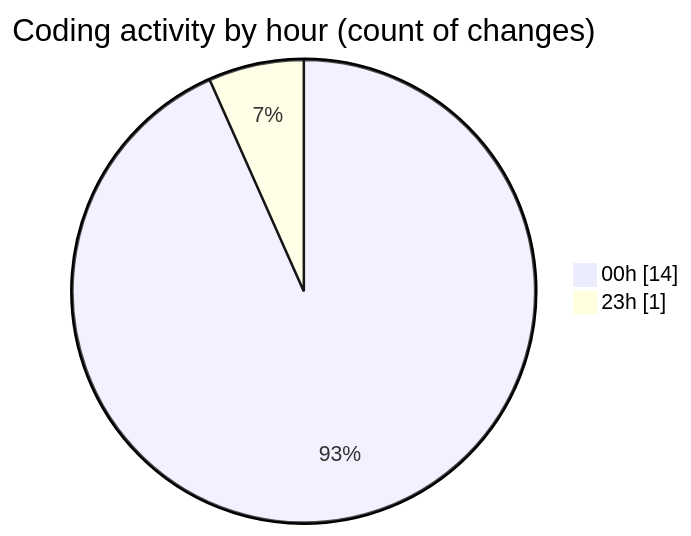
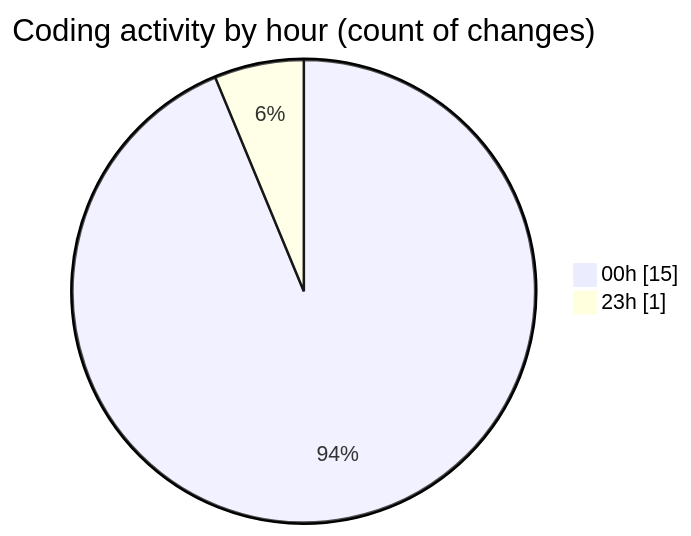
The second of 2 diagrams in 2025-07-29/refunds/README.md (EIIisD/code-tracking), drawn with Mermaid before and after one commit. The commit also changed other lines of this file and 1 other file, not shown here.

````diff
--- a/2025-07-29/refunds/README.md
+++ b/2025-07-29/refunds/README.md
@@ -28,6 +28,6 @@
 ```mermaid
 pie showData
 title Coding activity by hour (count of changes)
-"00h" : 14
+"00h" : 15
 "23h" : 1
 ```
````
